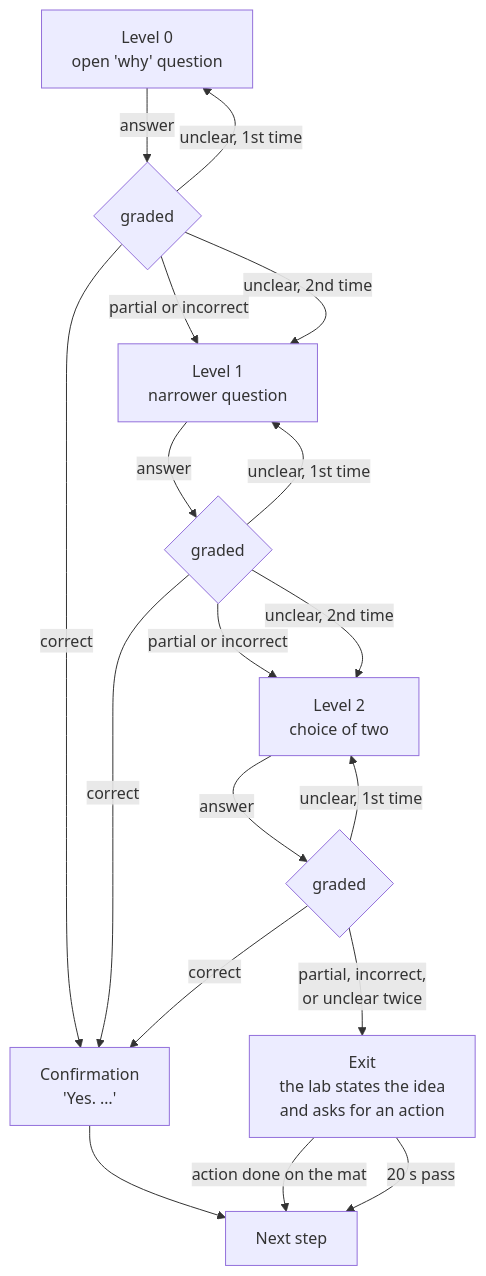
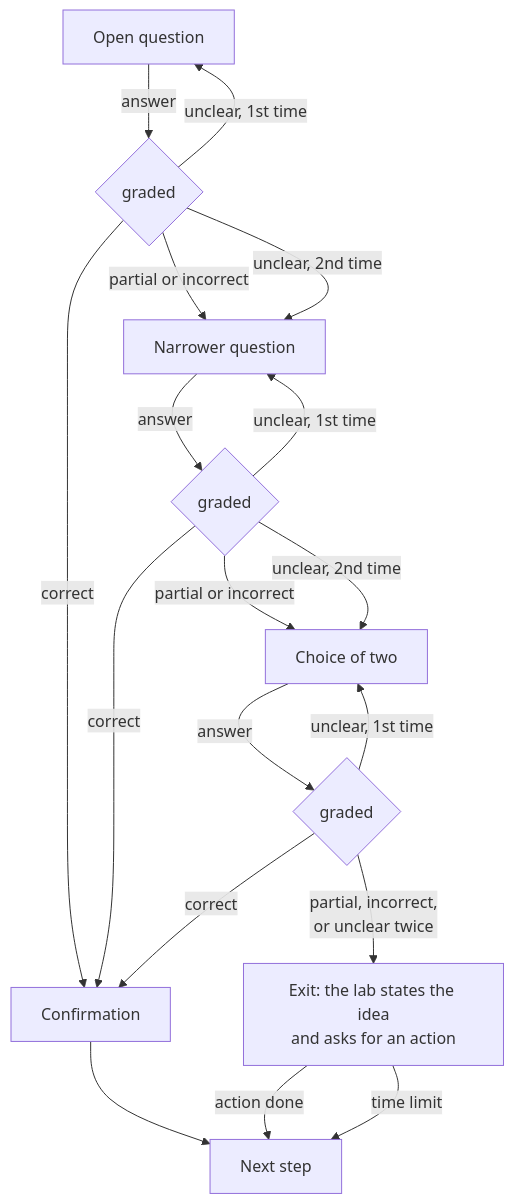
One commit to Bananagoo/Tacto changed the second of 2 diagrams in docs/lab-flow.md. Above: the diagram before and after it, drawn with Mermaid. The commit also changed other lines of this file, not shown here.

First line of the commit message:
Propose a short demo version of the lab for review

````diff
--- a/docs/lab-flow.md
+++ b/docs/lab-flow.md
@@ -79,20 +145,20 @@
 ```mermaid
 flowchart TD
-    Q0["Level 0<br/>open 'why' question"] -->|answer| G0{graded}
-    G0 -->|correct| C["Confirmation<br/>'Yes. …'"]
-    G0 -->|partial or incorrect| Q1["Level 1<br/>narrower question"]
+    Q0["Open question"] -->|answer| G0{graded}
+    G0 -->|correct| C["Confirmation"]
+    G0 -->|partial or incorrect| Q1["Narrower question"]
     G0 -->|"unclear, 1st time"| Q0
     G0 -->|"unclear, 2nd time"| Q1
     Q1 -->|answer| G1{graded}
     G1 -->|correct| C
-    G1 -->|partial or incorrect| Q2["Level 2<br/>choice of two"]
+    G1 -->|partial or incorrect| Q2["Choice of two"]
     G1 -->|"unclear, 1st time"| Q1
     G1 -->|"unclear, 2nd time"| Q2
     Q2 -->|answer| G2{graded}
     G2 -->|correct| C
-    G2 -->|"partial, incorrect,<br/>or unclear twice"| E["Exit<br/>the lab states the idea<br/>and asks for an action"]
+    G2 -->|"partial, incorrect,<br/>or unclear twice"| E["Exit: the lab states the idea<br/>and asks for an action"]
     G2 -->|"unclear, 1st time"| Q2
     C --> N["Next step"]
-    E -->|"action done on the mat"| N
-    E -->|"20 s pass"| N
+    E -->|"action done"| N
+    E -->|"time limit"| N
 ```
````
